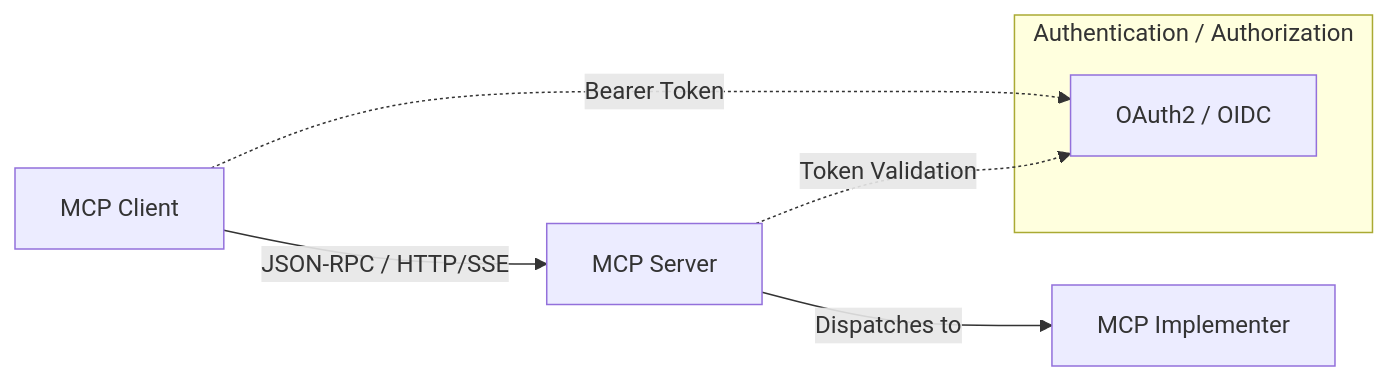
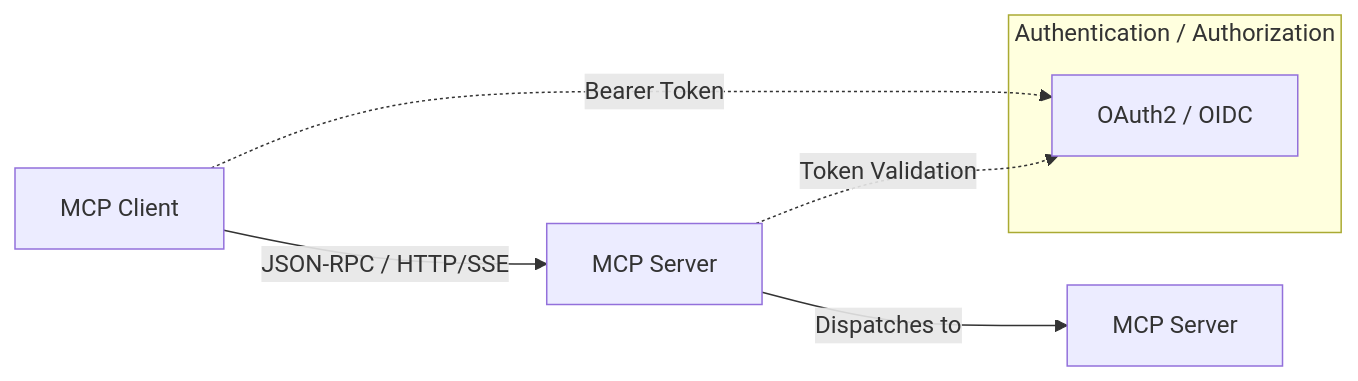
Before and after one commit to viant/mcp: the diagram in README.md, drawn with Mermaid. The commit also changed other lines of this file and 3 other files, not shown here.

````diff
--- a/README.md
+++ b/README.md
@@ -42,10 +42,10 @@
 ```mermaid
 graph LR
     Client[MCP Client] -->|JSON-RPC / HTTP/SSE| Server[MCP Server]
-    Server -->|Dispatches to| Implementer[MCP Implementer]
+    Server -->|Dispatches to| Implementation[MCP Server]
     subgraph Auth[Authentication / Authorization]
       OAuth2[OAuth2 / OIDC]
     end
     Client -.->|Bearer Token| OAuth2
     Server -.->|Token Validation| OAuth2
 ```
````
